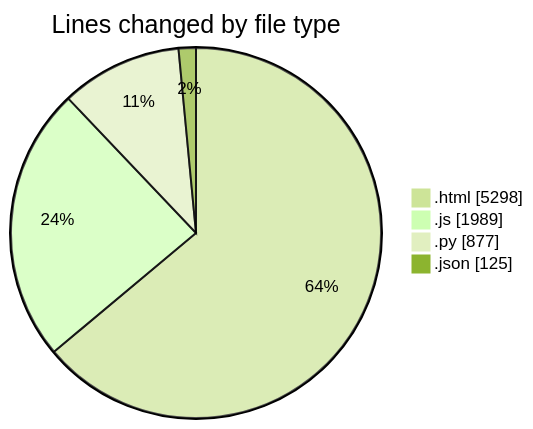
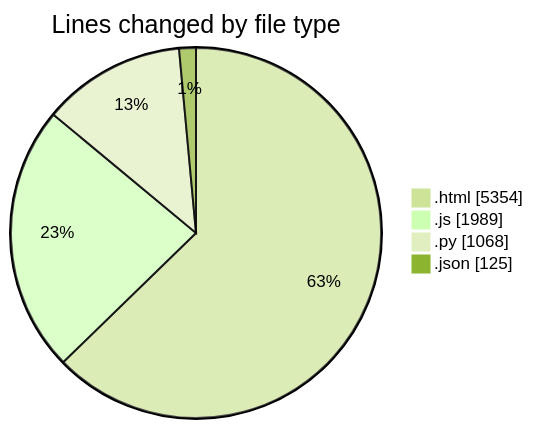
One commit to shibass792/code-tracking changed the first of 2 diagrams in 2026-07-15/shibass-ai/README.md. Above: the diagram before and after it, drawn with Mermaid (forest theme). The commit also changed other lines of this file and 1 other file, not shown here.

````diff
--- a/2026-07-15/shibass-ai/README.md
+++ b/2026-07-15/shibass-ai/README.md
@@ -28,8 +29,8 @@
 ```mermaid
 pie showData
 title Lines changed by file type
-".html" : 5298
+".html" : 5354
 ".js" : 1989
-".py" : 877
+".py" : 1068
 ".json" : 125
 ```
````
